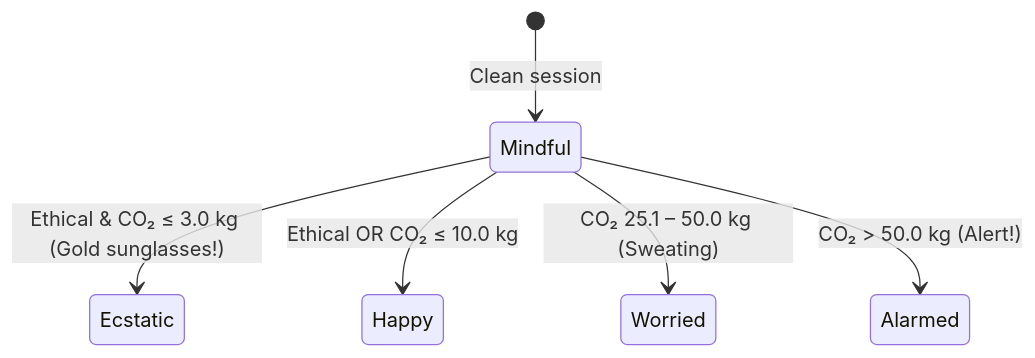
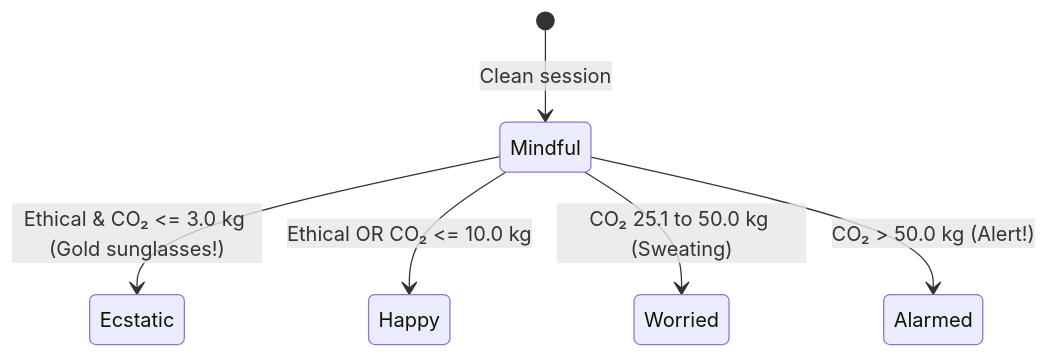
One commit to parthibcpana/IDAI102-1000544-PARTH-PARVINBHAI-GAJERA-SA changed the sixth of 8 diagrams in README.md. Above: the diagram before and after it, drawn with Mermaid. The commit also changed other lines of this file, not shown here.

````diff
--- a/README.md
+++ b/README.md
@@ -232,8 +245,8 @@
 ```mermaid
 stateDiagram-v2
     [*] --> Mindful: Clean session
-    Mindful --> Ecstatic: Ethical & CO₂ ≤ 3.0 kg (Gold sunglasses!)
-    Mindful --> Happy: Ethical OR CO₂ ≤ 10.0 kg
-    Mindful --> Worried: CO₂ 25.1 – 50.0 kg (Sweating)
+    Mindful --> Ecstatic: Ethical & CO₂ <= 3.0 kg (Gold sunglasses!)
+    Mindful --> Happy: Ethical OR CO₂ <= 10.0 kg
+    Mindful --> Worried: CO₂ 25.1 to 50.0 kg (Sweating)
     Mindful --> Alarmed: CO₂ > 50.0 kg (Alert!)
 ```
````
